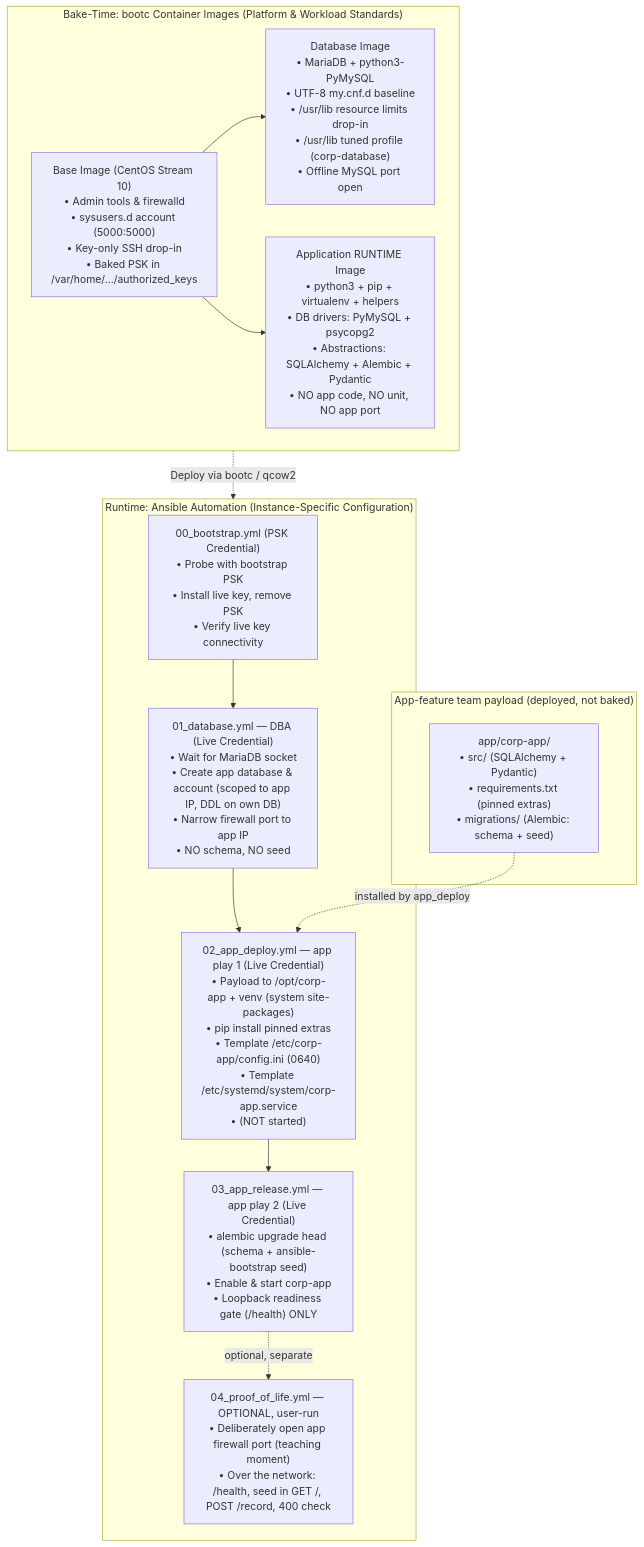
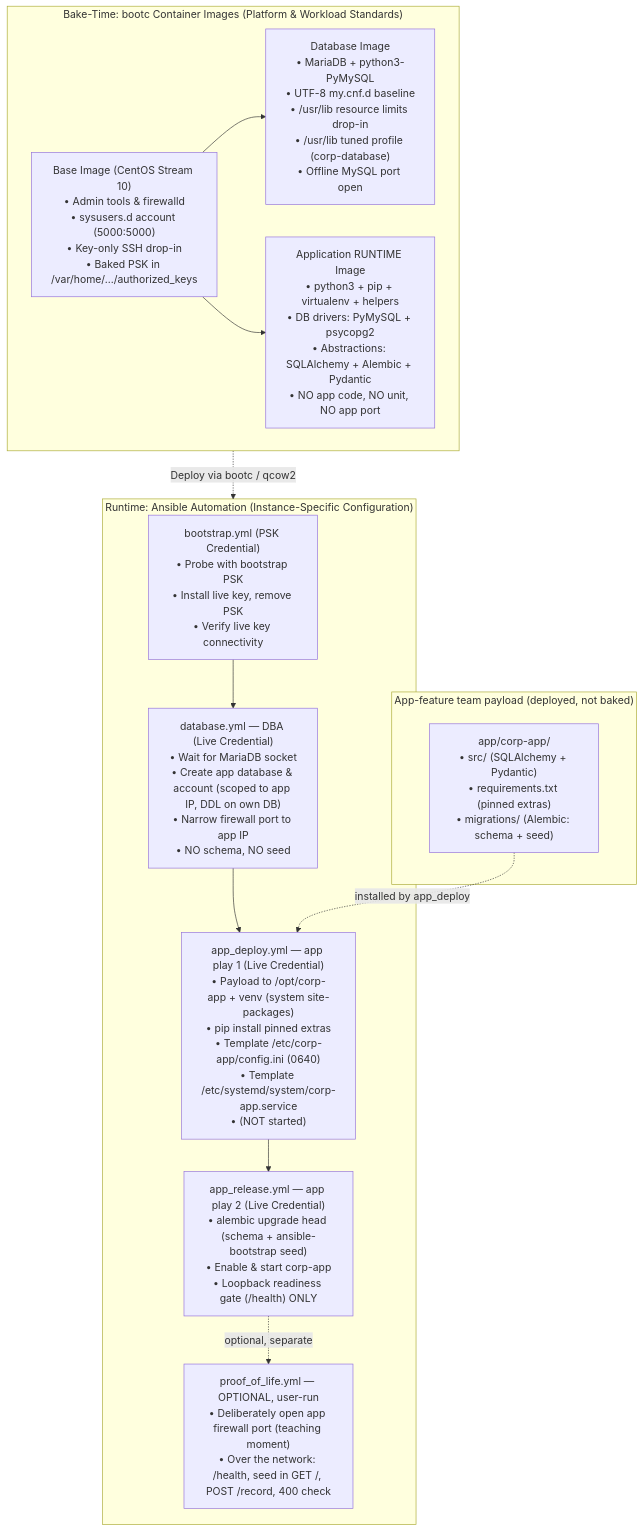
One commit to nzwulfin/ansible-bootc changed the first of 2 diagrams in README.md. Above: the diagram before and after it, drawn with Mermaid. The commit also changed other lines of this file and 13 other files, not shown here.

````diff
--- a/README.md
+++ b/README.md
@@ -138,29 +138,29 @@
 ```mermaid
 graph TD
     subgraph BuildTime ["Bake-Time: bootc Container Images (Platform & Workload Standards)"]
         Base["Base Image (CentOS Stream 10)<br/>• Admin tools & firewalld<br/>• sysusers.d account (5000:5000)<br/>• Key-only SSH drop-in<br/>• Baked PSK in /var/home/.../authorized_keys"]
         DB["Database Image<br/>• MariaDB + python3-PyMySQL<br/>• UTF-8 my.cnf.d baseline<br/>• /usr/lib resource limits drop-in<br/>• /usr/lib tuned profile (corp-database)<br/>• Offline MySQL port open"]
         App["Application RUNTIME Image<br/>• python3 + pip + virtualenv + helpers<br/>• DB drivers: PyMySQL + psycopg2<br/>• Abstractions: SQLAlchemy + Alembic + Pydantic<br/>• NO app code, NO unit, NO app port"]
 
         Base --> DB
         Base --> App
     end
 
     subgraph Payload ["App-feature team payload (deployed, not baked)"]
         Pay["app/corp-app/<br/>• src/ (SQLAlchemy + Pydantic)<br/>• requirements.txt (pinned extras)<br/>• migrations/ (Alembic: schema + seed)"]
     end
 
     subgraph Runtime ["Runtime: Ansible Automation (Instance-Specific Configuration)"]
-        P0["00_bootstrap.yml (PSK Credential)<br/>• Probe with bootstrap PSK<br/>• Install live key, remove PSK<br/>• Verify live key connectivity"]
-        P1["01_database.yml — DBA (Live Credential)<br/>• Wait for MariaDB socket<br/>• Create app database & account (scoped to app IP, DDL on own DB)<br/>• Narrow firewall port to app IP<br/>• NO schema, NO seed"]
-        P2["02_app_deploy.yml — app play 1 (Live Credential)<br/>• Payload to /opt/corp-app + venv (system site-packages)<br/>• pip install pinned extras<br/>• Template /etc/corp-app/config.ini (0640)<br/>• Template /etc/systemd/system/corp-app.service<br/>• (NOT started)"]
-        P3["03_app_release.yml — app play 2 (Live Credential)<br/>• alembic upgrade head (schema + ansible-bootstrap seed)<br/>• Enable & start corp-app<br/>• Loopback readiness gate (/health) ONLY"]
-        P4["04_proof_of_life.yml — OPTIONAL, user-run<br/>• Deliberately open app firewall port (teaching moment)<br/>• Over the network: /health, seed in GET /, POST /record, 400 check"]
+        P0["bootstrap.yml (PSK Credential)<br/>• Probe with bootstrap PSK<br/>• Install live key, remove PSK<br/>• Verify live key connectivity"]
+        P1["database.yml — DBA (Live Credential)<br/>• Wait for MariaDB socket<br/>• Create app database & account (scoped to app IP, DDL on own DB)<br/>• Narrow firewall port to app IP<br/>• NO schema, NO seed"]
+        P2["app_deploy.yml — app play 1 (Live Credential)<br/>• Payload to /opt/corp-app + venv (system site-packages)<br/>• pip install pinned extras<br/>• Template /etc/corp-app/config.ini (0640)<br/>• Template /etc/systemd/system/corp-app.service<br/>• (NOT started)"]
+        P3["app_release.yml — app play 2 (Live Credential)<br/>• alembic upgrade head (schema + ansible-bootstrap seed)<br/>• Enable & start corp-app<br/>• Loopback readiness gate (/health) ONLY"]
+        P4["proof_of_life.yml — OPTIONAL, user-run<br/>• Deliberately open app firewall port (teaching moment)<br/>• Over the network: /health, seed in GET /, POST /record, 400 check"]
 
         P0 --> P1 --> P2 --> P3
         P3 -.->|optional, separate| P4
     end
 
     Pay -.->|installed by app_deploy| P2
     BuildTime -.->|Deploy via bootc / qcow2| Runtime
 ```
````
